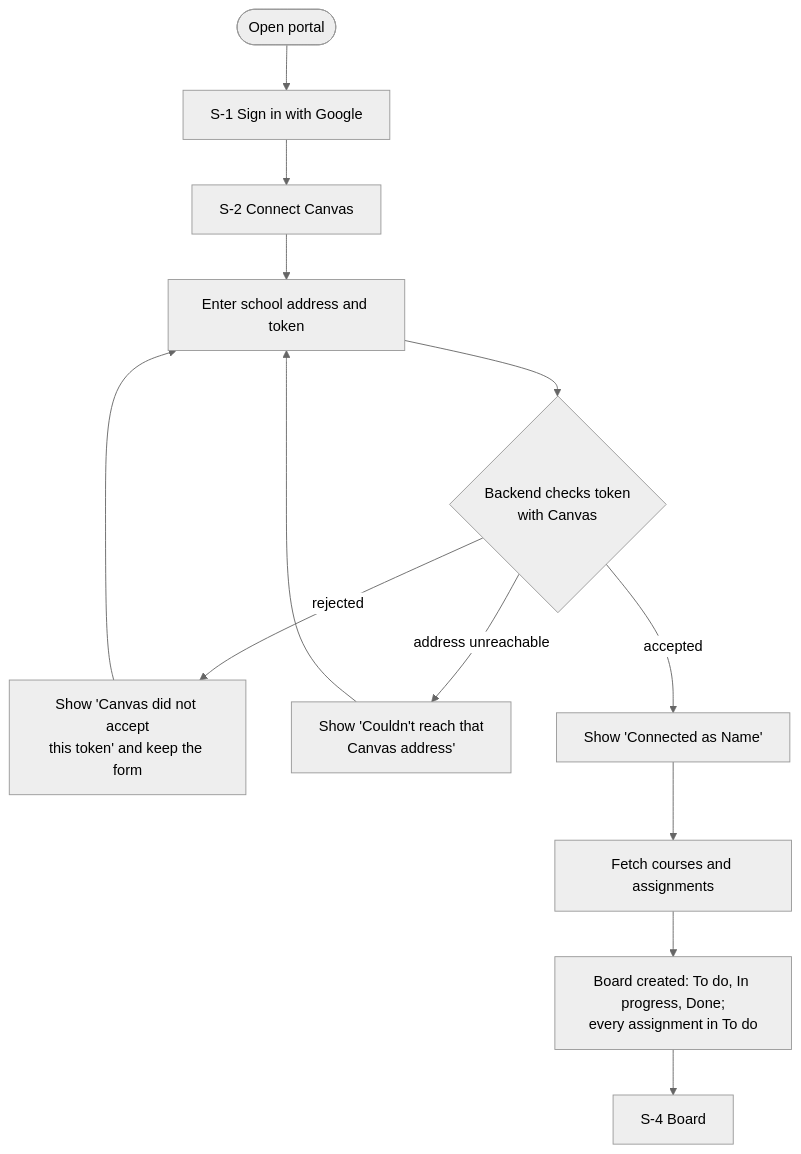
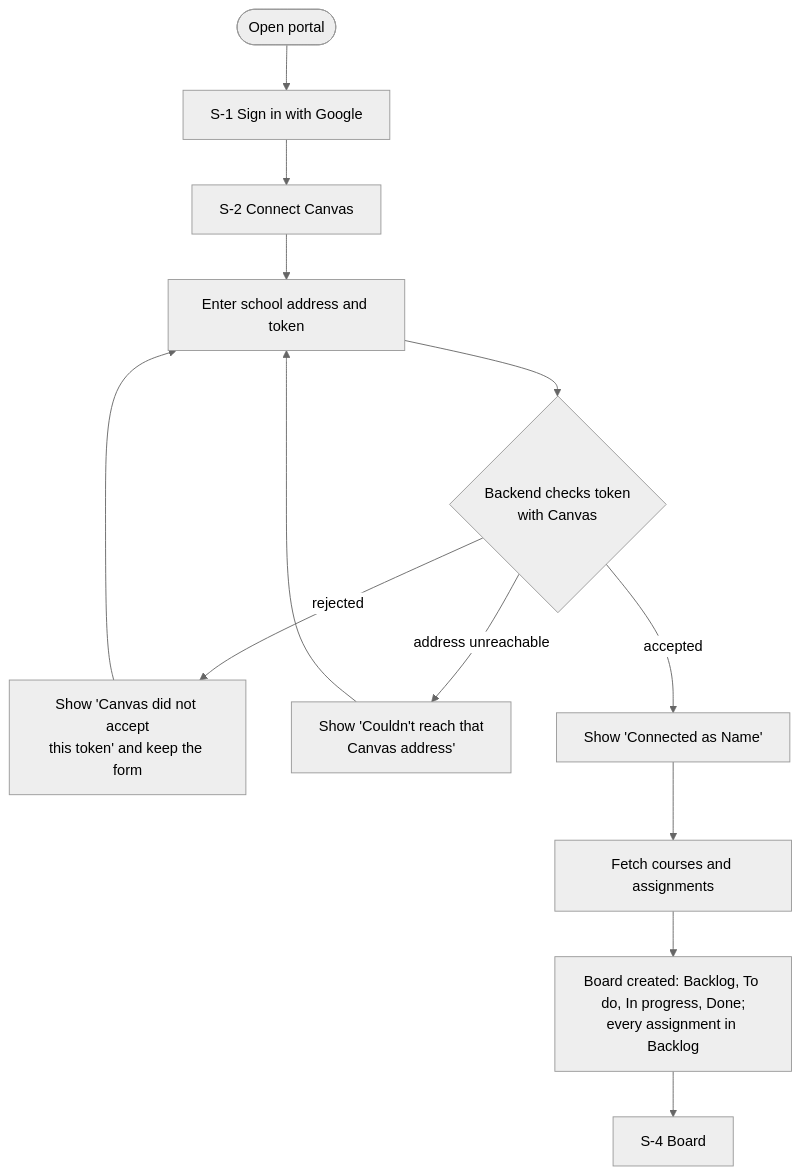
The second of 9 diagrams in docs/canvas-portal/04-wireframes-workflows.md (bbranton/TestProj), drawn with Mermaid (neutral theme) before and after one commit. The commit also changed other lines of this file and 4 other files, not shown here.

````diff
--- a/docs/canvas-portal/04-wireframes-workflows.md
+++ b/docs/canvas-portal/04-wireframes-workflows.md
@@ -343,15 +339,15 @@
 ```mermaid
 flowchart TD
     A([Open portal]) --> B[S-1 Sign in with Google]
     B --> C[S-2 Connect Canvas]
     C --> D[Enter school address and token]
     D --> E{Backend checks token<br/>with Canvas}
     E -- rejected --> F[Show 'Canvas did not accept<br/>this token' and keep the form]
     F --> D
     E -- address unreachable --> G[Show 'Couldn't reach that<br/>Canvas address']
     G --> D
     E -- accepted --> H[Show 'Connected as Name']
     H --> I[Fetch courses and assignments]
-    I --> J[Board created: To do, In progress, Done;<br/>every assignment in To do]
+    I --> J[Board created: Backlog, To do, In progress, Done;<br/>every assignment in Backlog]
     J --> K[S-4 Board]
 ```
````
